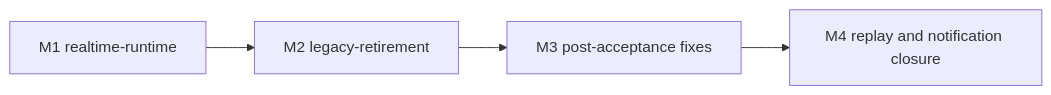
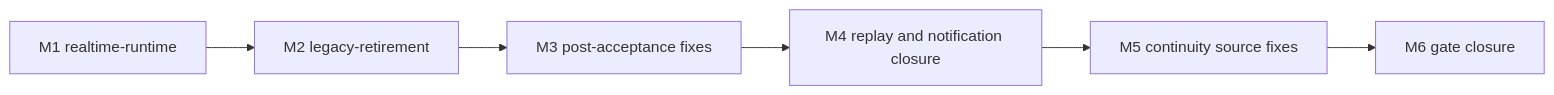
The fourth of 4 diagrams in docs/changes/refactor-460-web-im-client-runtime/design.md (Mrchen116/nano-multiagent), drawn with Mermaid before and after one commit. The commit also changed other lines of this file and 4 other files, not shown here.

````diff
--- a/docs/changes/refactor-460-web-im-client-runtime/design.md
+++ b/docs/changes/refactor-460-web-im-client-runtime/design.md
@@ -409,4 +413,4 @@
 ```mermaid
 graph LR
-    M1["M1 realtime-runtime"] --> M2["M2 legacy-retirement"] --> M3["M3 post-acceptance fixes"] --> M4["M4 replay and notification closure"]
+    M1["M1 realtime-runtime"] --> M2["M2 legacy-retirement"] --> M3["M3 post-acceptance fixes"] --> M4["M4 replay and notification closure"] --> M5["M5 continuity source fixes"] --> M6["M6 gate closure"]
 ```
````
